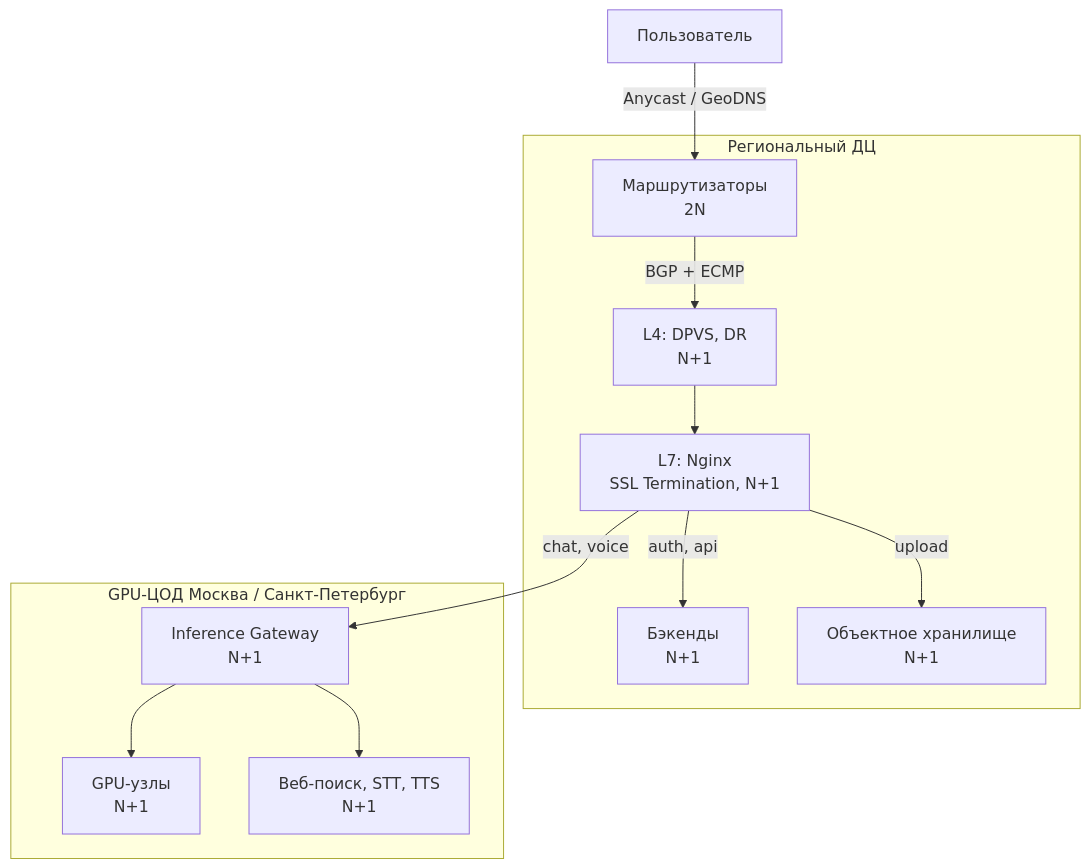
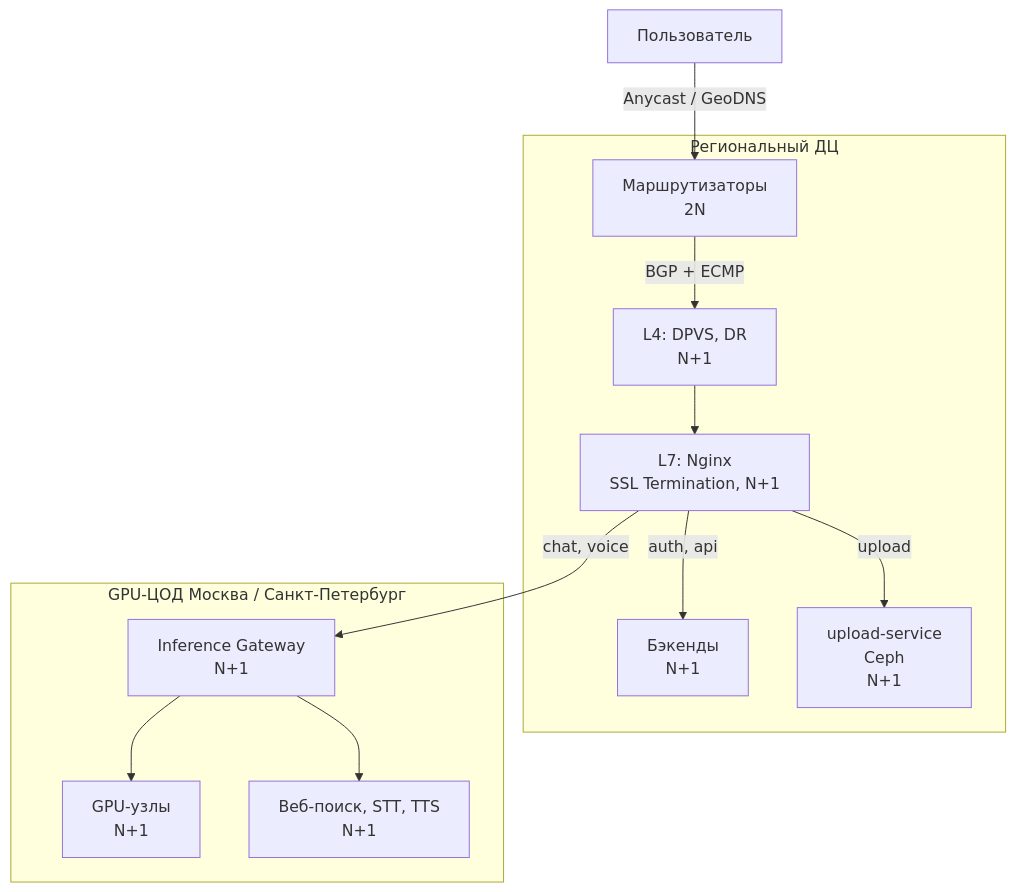
The first of 4 diagrams in README.md (Nisakoo/Highload-TP), drawn with Mermaid before and after one commit. The commit also changed other lines of this file, not shown here.

````diff
--- a/README.md
+++ b/README.md
@@ -271,15 +271,15 @@
 ```mermaid
 flowchart TB
     U[Пользователь] -->|Anycast / GeoDNS| R
     subgraph DC[Региональный ДЦ]
         R[Маршрутизаторы<br/>2N] -->|BGP + ECMP| L4[L4: DPVS, DR<br/>N+1]
         L4 --> L7[L7: Nginx<br/>SSL Termination, N+1]
         L7 -->|auth, api| B1[Бэкенды<br/>N+1]
-        L7 -->|upload| B2[Объектное хранилище<br/>N+1]
+        L7 -->|upload| B2[upload-service<br/>Ceph<br/>N+1]
     end
     L7 -->|chat, voice| GW
     subgraph GPU[GPU-ЦОД Москва / Санкт-Петербург]
         GW[Inference Gateway<br/>N+1] --> G[GPU-узлы<br/>N+1]
         GW --> S[Веб-поиск, STT, TTS<br/>N+1]
     end
 ```
````
